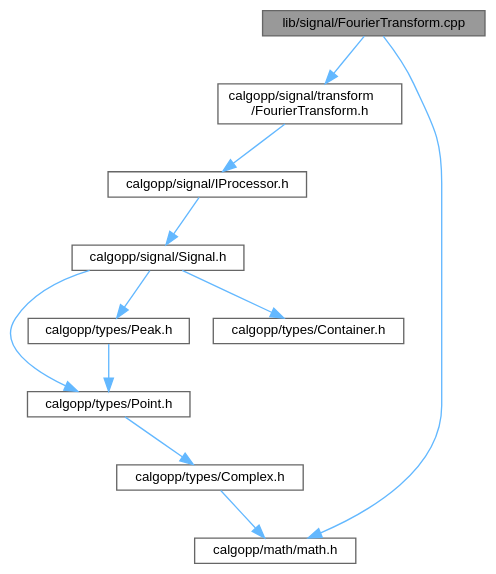
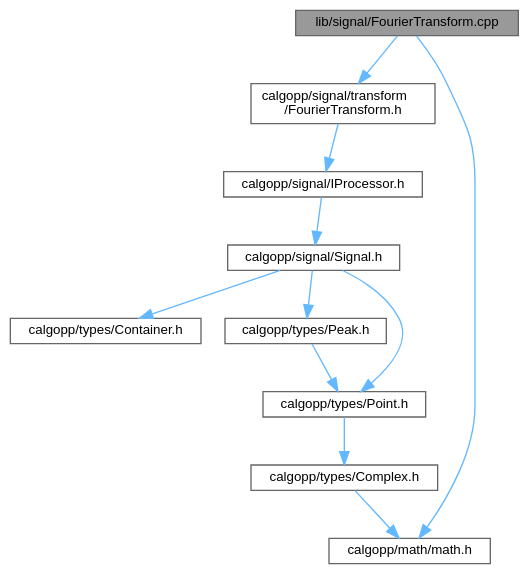
Before and after one commit to pawelekg95/algopp: the diagram in FourierTransform_8cpp__incl.dot, drawn with Graphviz. The commit also changed 63 other files, not shown here.

```diff
--- a/FourierTransform_8cpp__incl.dot
+++ b/FourierTransform_8cpp__incl.dot
@@ -1,26 +1,26 @@
 digraph "lib/signal/FourierTransform.cpp"
 {
  // LATEX_PDF_SIZE
   bgcolor="transparent";
   edge [fontname=Helvetica,fontsize=10,labelfontname=Helvetica,labelfontsize=10];
   node [fontname=Helvetica,fontsize=10,shape=box,height=0.2,width=0.4];
   Node1 [label="lib/signal/FourierTransform.cpp",height=0.2,width=0.4,color="gray40", fillcolor="grey60", style="filled", fontcolor="black",tooltip=" "];
   Node1 -> Node2 [color="steelblue1",style="solid"];
   Node2 [label="calgopp/signal/transform\l/FourierTransform.h",height=0.2,width=0.4,color="grey40", fillcolor="white", style="filled",URL="$FourierTransform_8h.html",tooltip=" "];
   Node2 -> Node3 [color="steelblue1",style="solid"];
   Node3 [label="calgopp/signal/IProcessor.h",height=0.2,width=0.4,color="grey40", fillcolor="white", style="filled",URL="$IProcessor_8h.html",tooltip=" "];
   Node3 -> Node4 [color="steelblue1",style="solid"];
   Node4 [label="calgopp/signal/Signal.h",height=0.2,width=0.4,color="grey40", fillcolor="white", style="filled",URL="$Signal_8h.html",tooltip=" "];
   Node4 -> Node5 [color="steelblue1",style="solid"];
-  Node5 [label="calgopp/types/Point.h",height=0.2,width=0.4,color="grey40", fillcolor="white", style="filled",URL="$Point_8h.html",tooltip=" "];
-  Node5 -> Node6 [color="steelblue1",style="solid"];
-  Node6 [label="calgopp/types/Complex.h",height=0.2,width=0.4,color="grey40", fillcolor="white", style="filled",URL="$Complex_8h.html",tooltip=" "];
+  Node5 [label="calgopp/types/Container.h",height=0.2,width=0.4,color="grey40", fillcolor="white", style="filled",URL="$Container_8h.html",tooltip=" "];
+  Node4 -> Node6 [color="steelblue1",style="solid"];
+  Node6 [label="calgopp/types/Peak.h",height=0.2,width=0.4,color="grey40", fillcolor="white", style="filled",URL="$Peak_8h.html",tooltip=" "];
   Node6 -> Node7 [color="steelblue1",style="solid"];
-  Node7 [label="calgopp/math/math.h",height=0.2,width=0.4,color="grey40", fillcolor="white", style="filled",URL="$math_8h.html",tooltip=" "];
-  Node4 -> Node8 [color="steelblue1",style="solid"];
-  Node8 [label="calgopp/types/Peak.h",height=0.2,width=0.4,color="grey40", fillcolor="white", style="filled",URL="$Peak_8h.html",tooltip=" "];
-  Node8 -> Node5 [color="steelblue1",style="solid"];
-  Node4 -> Node9 [color="steelblue1",style="solid"];
-  Node9 [label="calgopp/types/Container.h",height=0.2,width=0.4,color="grey40", fillcolor="white", style="filled",URL="$Container_8h.html",tooltip=" "];
-  Node1 -> Node7 [color="steelblue1",style="solid"];
+  Node7 [label="calgopp/types/Point.h",height=0.2,width=0.4,color="grey40", fillcolor="white", style="filled",URL="$Point_8h.html",tooltip=" "];
+  Node7 -> Node8 [color="steelblue1",style="solid"];
+  Node8 [label="calgopp/types/Complex.h",height=0.2,width=0.4,color="grey40", fillcolor="white", style="filled",URL="$Complex_8h.html",tooltip=" "];
+  Node8 -> Node9 [color="steelblue1",style="solid"];
+  Node9 [label="calgopp/math/math.h",height=0.2,width=0.4,color="grey40", fillcolor="white", style="filled",URL="$math_8h.html",tooltip=" "];
+  Node4 -> Node7 [color="steelblue1",style="solid"];
+  Node1 -> Node9 [color="steelblue1",style="solid"];
 }
```
